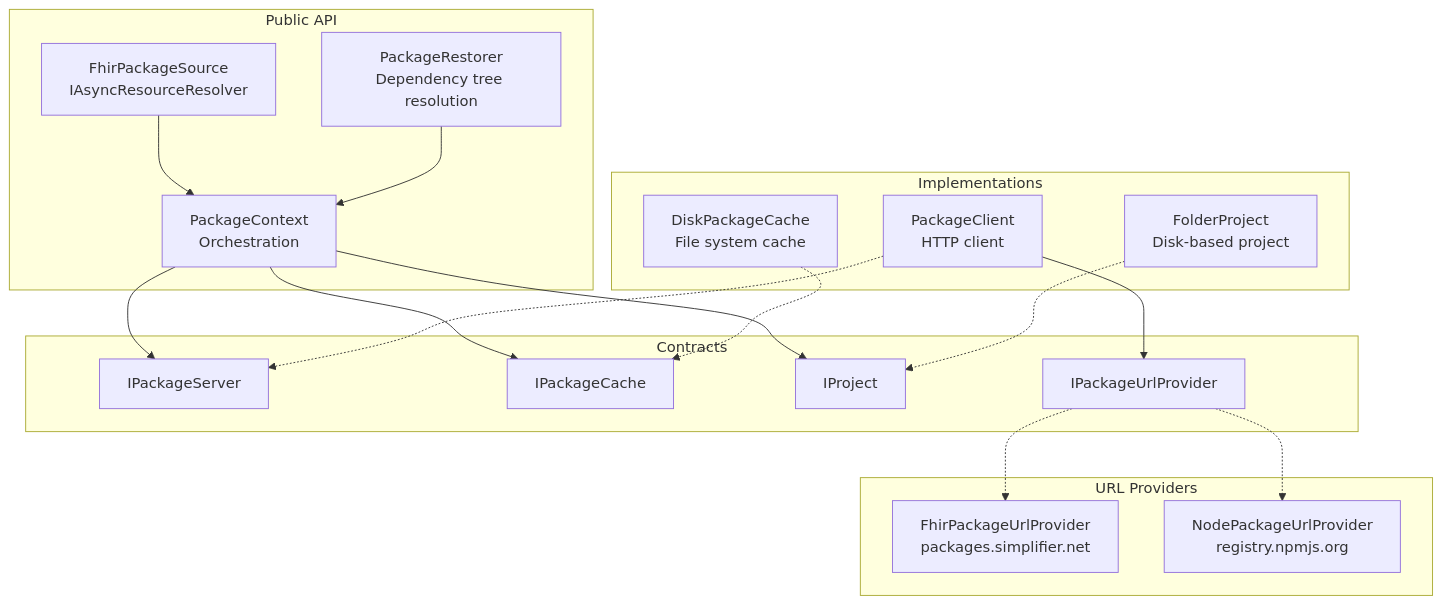
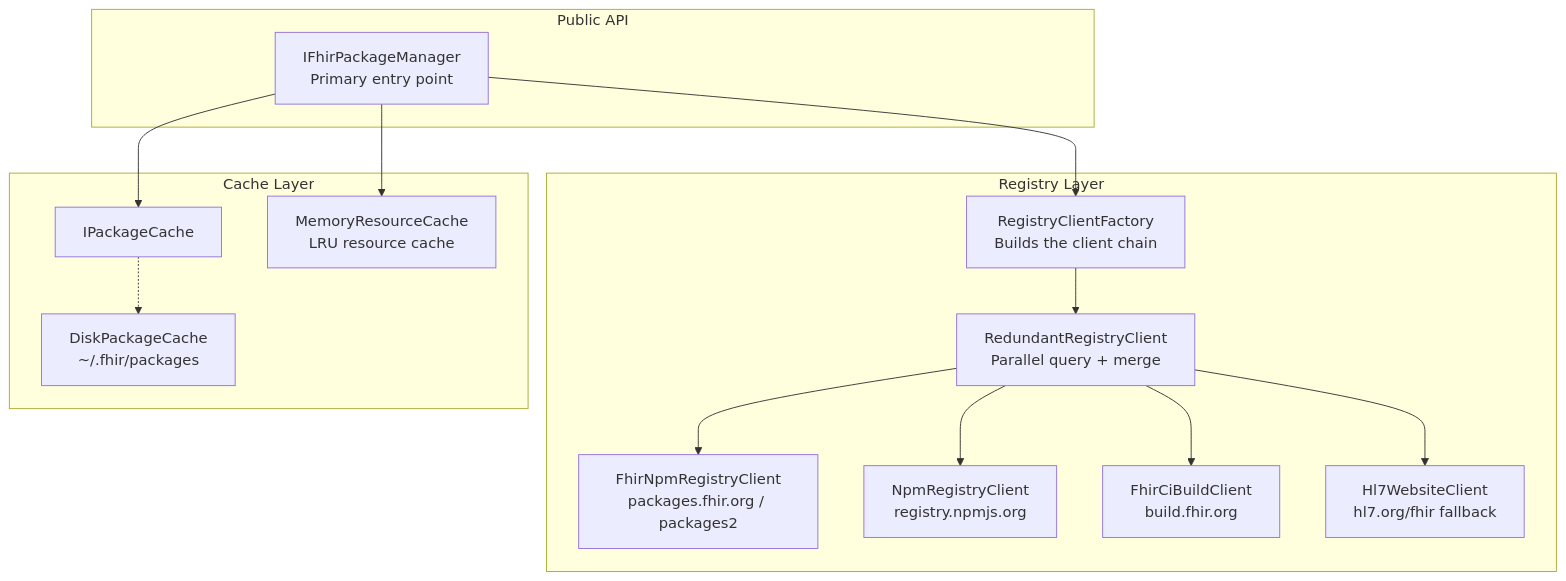
One commit to GinoCanessa/dotnet-fhir-packages changed the second of 4 diagrams in reference/client-implementations.md. Above: the diagram before and after it, drawn with Mermaid. The commit also changed other lines of this file and 4 other files, not shown here.

````diff
--- a/reference/client-implementations.md
+++ b/reference/client-implementations.md
@@ -120,38 +125,31 @@
 ```mermaid
 flowchart TD
     subgraph Public["Public API"]
-        FPS[FhirPackageSource<br/>IAsyncResourceResolver]
-        PR[PackageRestorer<br/>Dependency tree resolution]
-        PC[PackageContext<br/>Orchestration]
+        IFPM[IFhirPackageManager<br/>Primary entry point]
     end
 
-    subgraph Interfaces["Contracts"]
-        IPS[IPackageServer]
-        IPC[IPackageCache]
-        IP[IProject]
-        IPUP[IPackageUrlProvider]
+    subgraph Registry["Registry Layer"]
+        RCF[RegistryClientFactory<br/>Builds the client chain]
+        RRC[RedundantRegistryClient<br/>Parallel query + merge]
+        FNC[FhirNpmRegistryClient<br/>packages.fhir.org / packages2]
+        NRC[NpmRegistryClient<br/>registry.npmjs.org]
+        CIC[FhirCiBuildClient<br/>build.fhir.org]
+        H7C[Hl7WebsiteClient<br/>hl7.org/fhir fallback]
     end
 
-    subgraph Impl["Implementations"]
-        PKC[PackageClient<br/>HTTP client]
-        DPC[DiskPackageCache<br/>File system cache]
-        FP[FolderProject<br/>Disk-based project]
+    subgraph Cache["Cache Layer"]
+        IPC[IPackageCache]
+        DPC[DiskPackageCache<br/>~/.fhir/packages]
+        MRC[MemoryResourceCache<br/>LRU resource cache]
     end
 
-    subgraph URL["URL Providers"]
-        FPUP[FhirPackageUrlProvider<br/>packages.simplifier.net]
-        NPUP[NodePackageUrlProvider<br/>registry.npmjs.org]
-    end
-
-    FPS --> PC
-    PR --> PC
-    PC --> IPC
-    PC --> IPS
-    PC --> IP
-    PKC -.-> IPS
-    DPC -.-> IPC
-    FP -.-> IP
-    PKC --> IPUP
-    IPUP -.-> FPUP
-    IPUP -.-> NPUP
+    IFPM --> RCF
+    IFPM --> IPC
+    RCF --> RRC
+    RRC --> FNC
+    RRC --> NRC
+    RRC --> CIC
+    RRC --> H7C
+    IPC -.-> DPC
+    IFPM --> MRC
 ```
````
